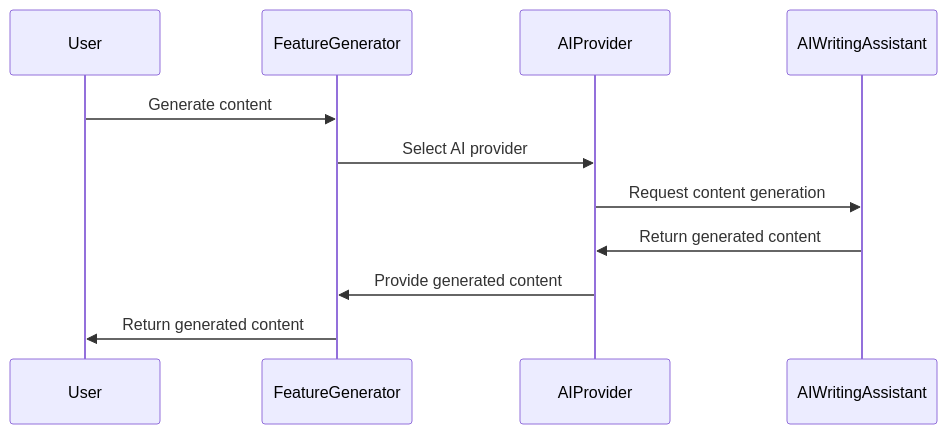
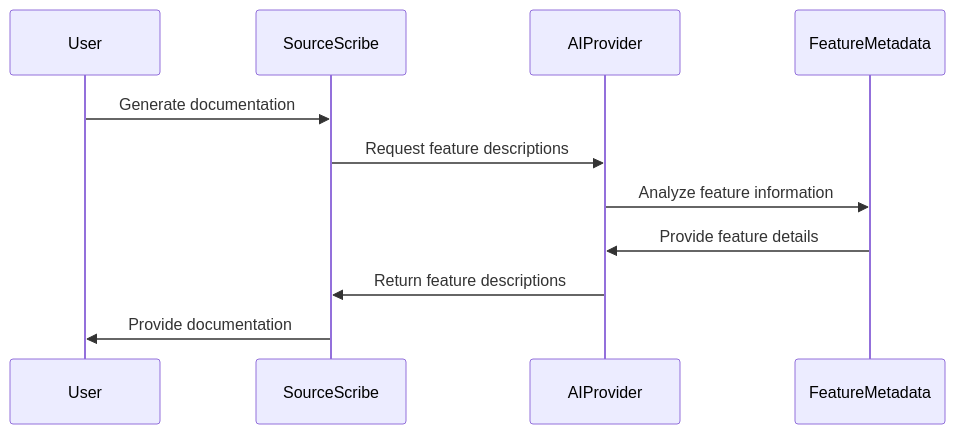
One commit to Source-Scribe/sourcescribe-core changed the third of 6 diagrams in website/docs/api-reference/features/index.md. Above: the diagram before and after it, drawn with Mermaid. The commit also changed other lines of this file and 2 other files, not shown here.

````diff
--- a/website/docs/api-reference/features/index.md
+++ b/website/docs/api-reference/features/index.md
@@ -75,14 +96,14 @@
 ```mermaid
 sequenceDiagram
     participant User
-    participant FeatureGenerator
+    participant SourceScribe
     participant AIProvider
-    participant AIWritingAssistant
+    participant FeatureMetadata
 
-    User->>FeatureGenerator: Generate content
-    FeatureGenerator->>AIProvider: Select AI provider
-    AIProvider->>AIWritingAssistant: Request content generation
-    AIWritingAssistant->>AIProvider: Return generated content
-    AIProvider->>FeatureGenerator: Provide generated content
-    FeatureGenerator->>User: Return generated content
+    User->>SourceScribe: Generate documentation
+    SourceScribe->>AIProvider: Request feature descriptions
+    AIProvider->>FeatureMetadata: Analyze feature information
+    FeatureMetadata->>AIProvider: Provide feature details
+    AIProvider->>SourceScribe: Return feature descriptions
+    SourceScribe->>User: Provide documentation
 ```
````
